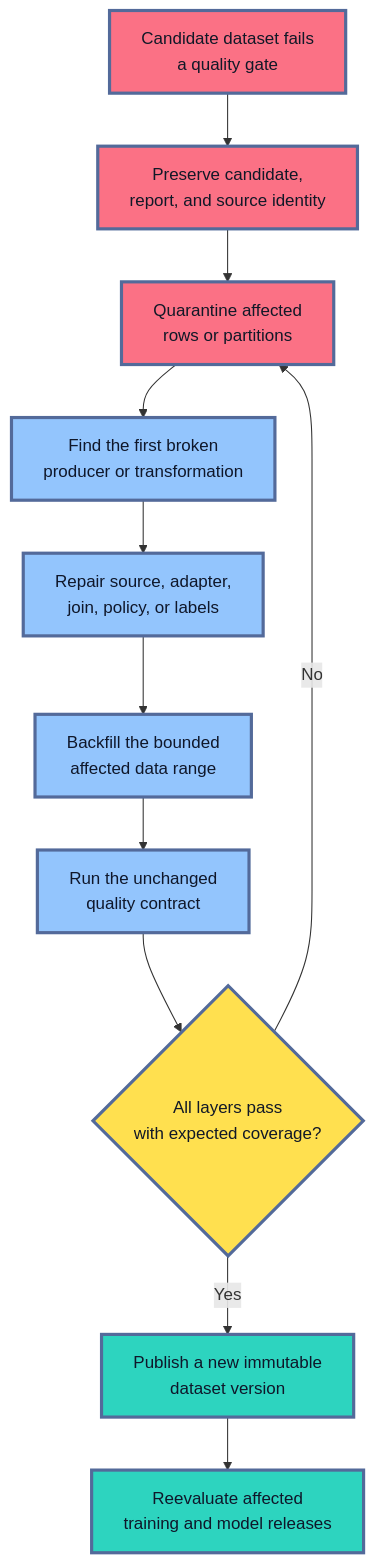
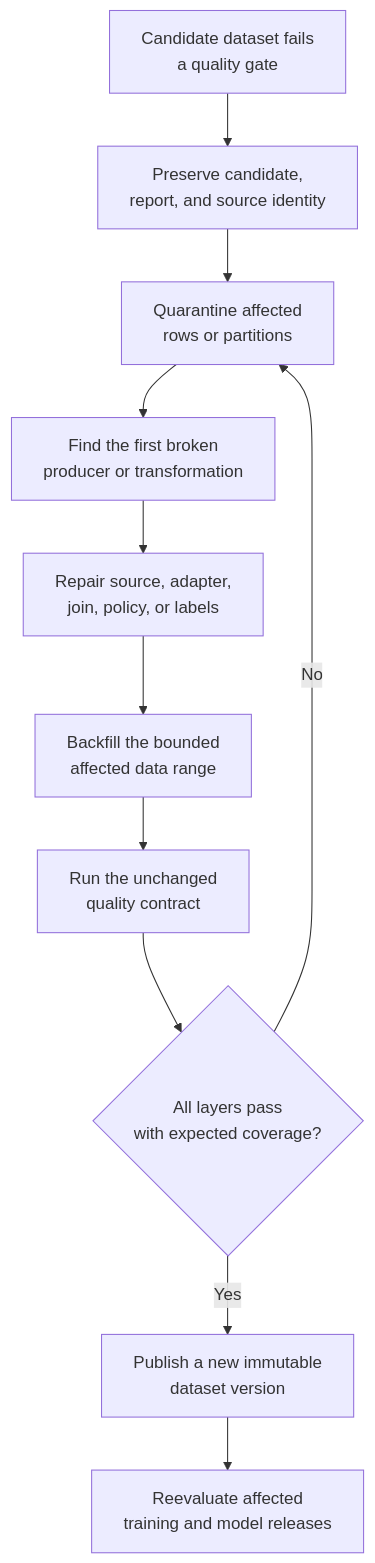
One commit to senlinyy/dev-roadmaps changed the sixth of 6 diagrams in roadmaps/mlops/modules/data-for-ml-systems/data-quality/02-schema-checks-missing-values-bad-labels.md. Above: the diagram before and after it, drawn with Mermaid. The commit also changed other lines of this file and 152 other files, not shown here.

Commit message:
feat: mlops and diagrams updated

````diff
--- a/roadmaps/mlops/modules/data-for-ml-systems/data-quality/02-schema-checks-missing-values-bad-labels.md
+++ b/roadmaps/mlops/modules/data-for-ml-systems/data-quality/02-schema-checks-missing-values-bad-labels.md
@@ -457,22 +438,18 @@
 ```mermaid
 flowchart TD
     A["Candidate dataset fails<br/>a quality gate"] --> B["Preserve candidate,<br/>report, and source identity"]
     B --> C["Quarantine affected<br/>rows or partitions"]
     C --> D["Find the first broken<br/>producer or transformation"]
     D --> E["Repair source, adapter,<br/>join, policy, or labels"]
     E --> F["Backfill the bounded<br/>affected data range"]
     F --> G["Run the unchanged<br/>quality contract"]
     G --> H{"All layers pass<br/>with expected coverage?"}
     H -->|"No"| C
     H -->|"Yes"| I["Publish a new immutable<br/>dataset version"]
     I --> J["Reevaluate affected<br/>training and model releases"]
 
-    classDef fail fill:#FB7185,stroke:#536A9A,stroke-width:3px,color:#111827
-    classDef work fill:#93C5FD,stroke:#536A9A,stroke-width:3px,color:#0F172A
-    classDef gate fill:#FFE04F,stroke:#536A9A,stroke-width:3px,color:#111827
-    classDef release fill:#2DD4BF,stroke:#536A9A,stroke-width:3px,color:#0F172A
     class A,B,C fail
     class D,E,F,G work
     class H gate
     class I,J release
 ```
````
